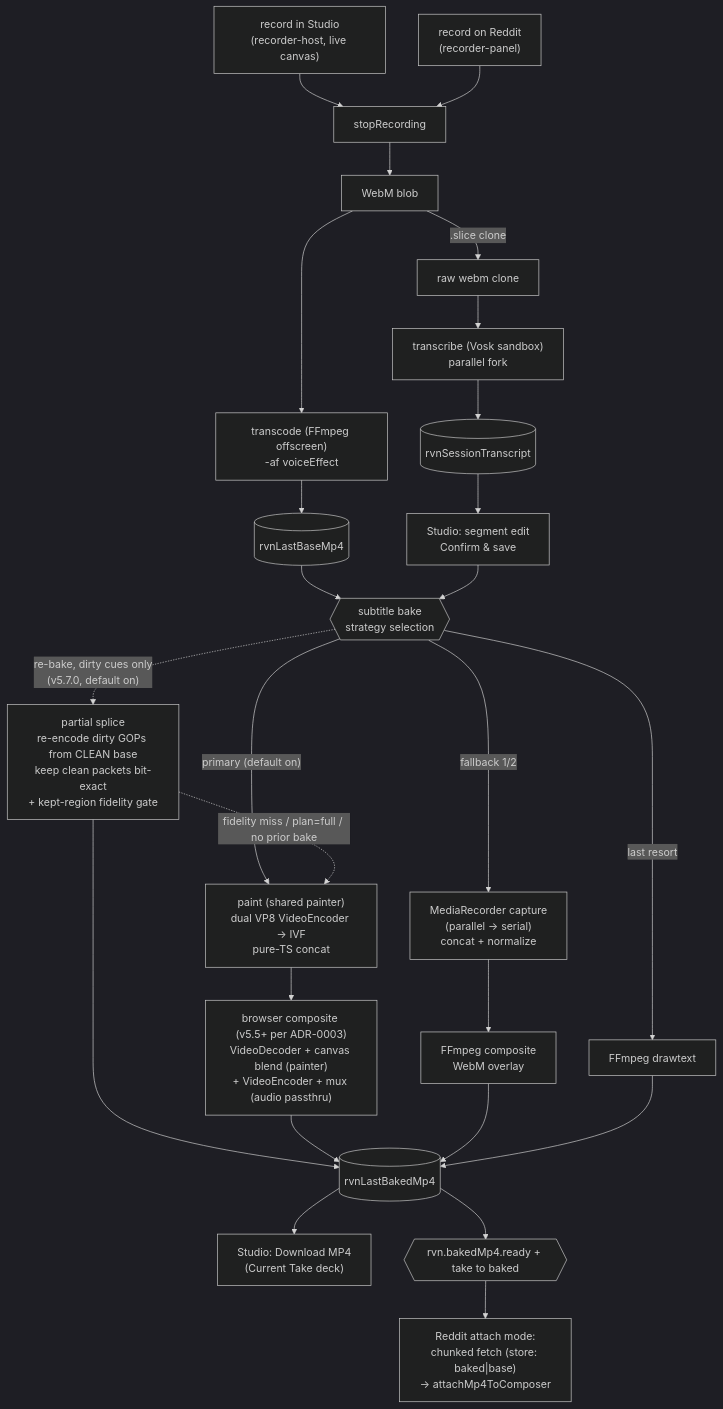
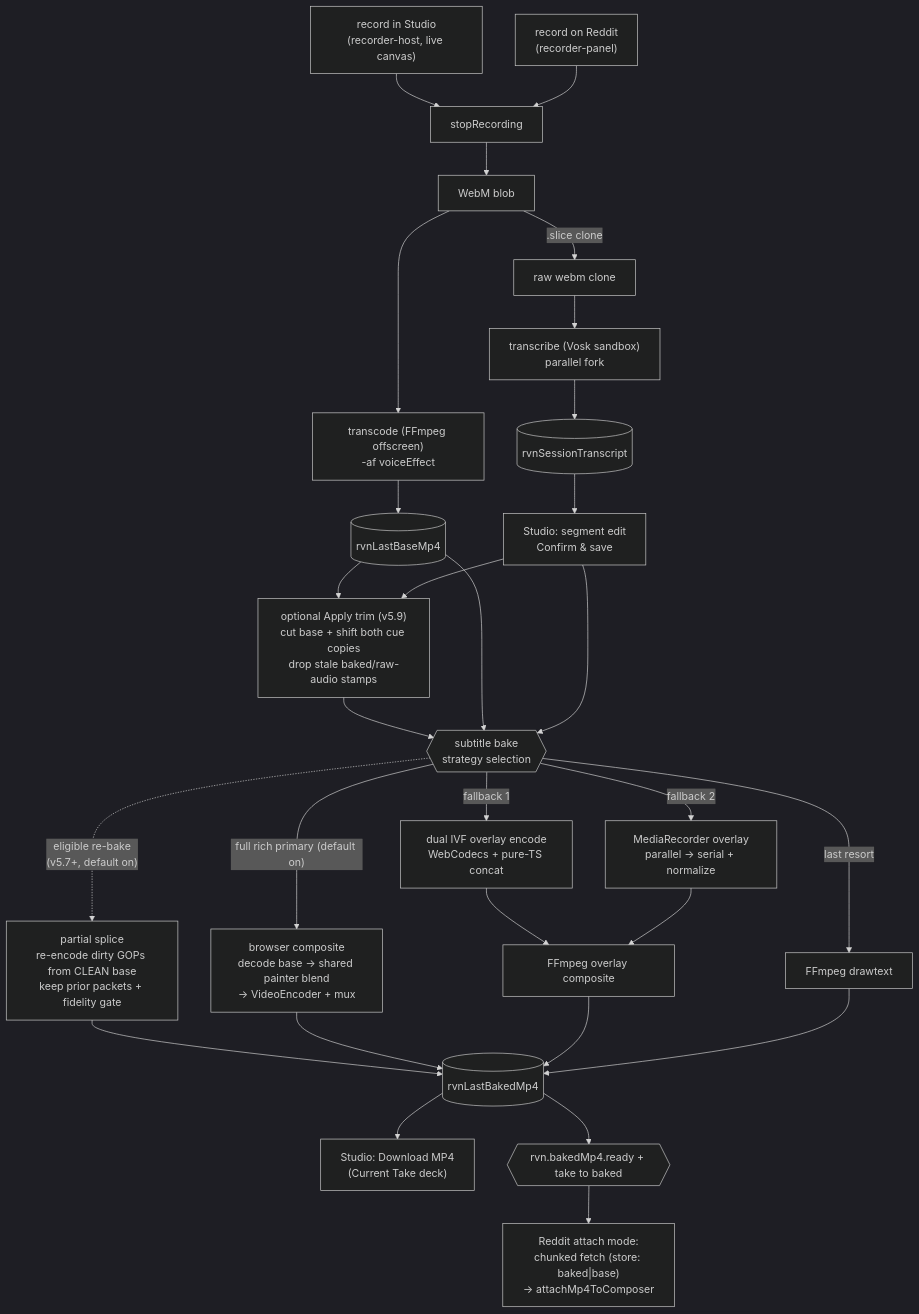
Before and after one commit to bra-khet/reddit-voice-notes-chrome: the second of 5 diagrams in docs/architecture/architecture-map.md, drawn with Mermaid (dark theme). The commit also changed other lines of this file and 8 other files, not shown here.

Commit message:
Sprint: architecture hardening refresh through v5.9.0

````diff
--- a/docs/architecture/architecture-map.md
+++ b/docs/architecture/architecture-map.md
@@ -86,28 +87,31 @@
 ```mermaid
 flowchart TD
   RS["record in Studio<br/>(recorder-host, live canvas)"] --> STOP[stopRecording]
   RR["record on Reddit<br/>(recorder-panel)"] --> STOP
   STOP --> WEBM[WebM blob]
   WEBM -- ".slice clone" --> CLONE[raw webm clone]
   WEBM --> TC["transcode (FFmpeg offscreen)<br/>-af voiceEffect"]
   CLONE --> TR["transcribe (Vosk sandbox)<br/>parallel fork"]
   TC --> BASE[(rvnLastBaseMp4)]
   TR --> SESS[(rvnSessionTranscript)]
   SESS --> EDIT["Studio: segment edit<br/>Confirm & save"]
+  BASE --> APPLY["optional Apply trim (v5.9)<br/>cut base + shift both cue copies<br/>drop stale baked/raw-audio stamps"]
+  EDIT --> APPLY
+  APPLY --> BAKE
   BASE --> BAKE
   EDIT --> BAKE{{"subtitle bake<br/>strategy selection"}}
-  BAKE -- "primary (default on)" --> WC["paint (shared painter)<br/>dual VP8 VideoEncoder → IVF<br/>pure-TS concat"]
-  BAKE -- "fallback 1/2" --> MR["MediaRecorder capture<br/>(parallel → serial)<br/>concat + normalize"]
+  BAKE -. "eligible re-bake<br/>(v5.7+, default on)" .-> SPL["partial splice<br/>re-encode dirty GOPs from CLEAN base<br/>keep prior packets + fidelity gate"]
+  SPL --> BAKED
+  BAKE -- "full rich primary (default on)" --> BC["browser composite<br/>decode base → shared painter blend<br/>→ VideoEncoder + mux"]
+  BAKE -- "fallback 1" --> WC["dual IVF overlay encode<br/>WebCodecs + pure-TS concat"]
+  BAKE -- "fallback 2" --> MR["MediaRecorder overlay<br/>parallel → serial + normalize"]
+  WC --> FFC["FFmpeg overlay composite"]
+  MR --> FFC
   BAKE -- "last resort" --> DT["FFmpeg drawtext"]
-  BAKE -. "re-bake, dirty cues only<br/>(v5.7.0, default on)" .-> SPL["partial splice<br/>re-encode dirty GOPs from CLEAN base<br/>keep clean packets bit-exact<br/>+ kept-region fidelity gate"]
-  SPL -. "fidelity miss / plan=full / no prior bake" .-> WC
-  SPL --> BAKED
-  WC --> COMP["browser composite (v5.5+ per ADR-0003)<br/>VideoDecoder + canvas blend (painter)<br/>+ VideoEncoder + mux (audio passthru)"]
-  MR --> COMP2["FFmpeg composite<br/>WebM overlay"]
-  COMP --> BAKED[(rvnLastBakedMp4)]
-  COMP2 --> BAKED
+  BC --> BAKED[(rvnLastBakedMp4)]
+  FFC --> BAKED
   DT --> BAKED
   BAKED --> DECK["Studio: Download MP4<br/>(Current Take deck)"]
   BAKED --> SIG{{"rvn.bakedMp4.ready + take to baked"}}
   SIG --> ATTACH["Reddit attach mode:<br/>chunked fetch (store: baked|base)<br/>→ attachMp4ToComposer"]
 ```
````
